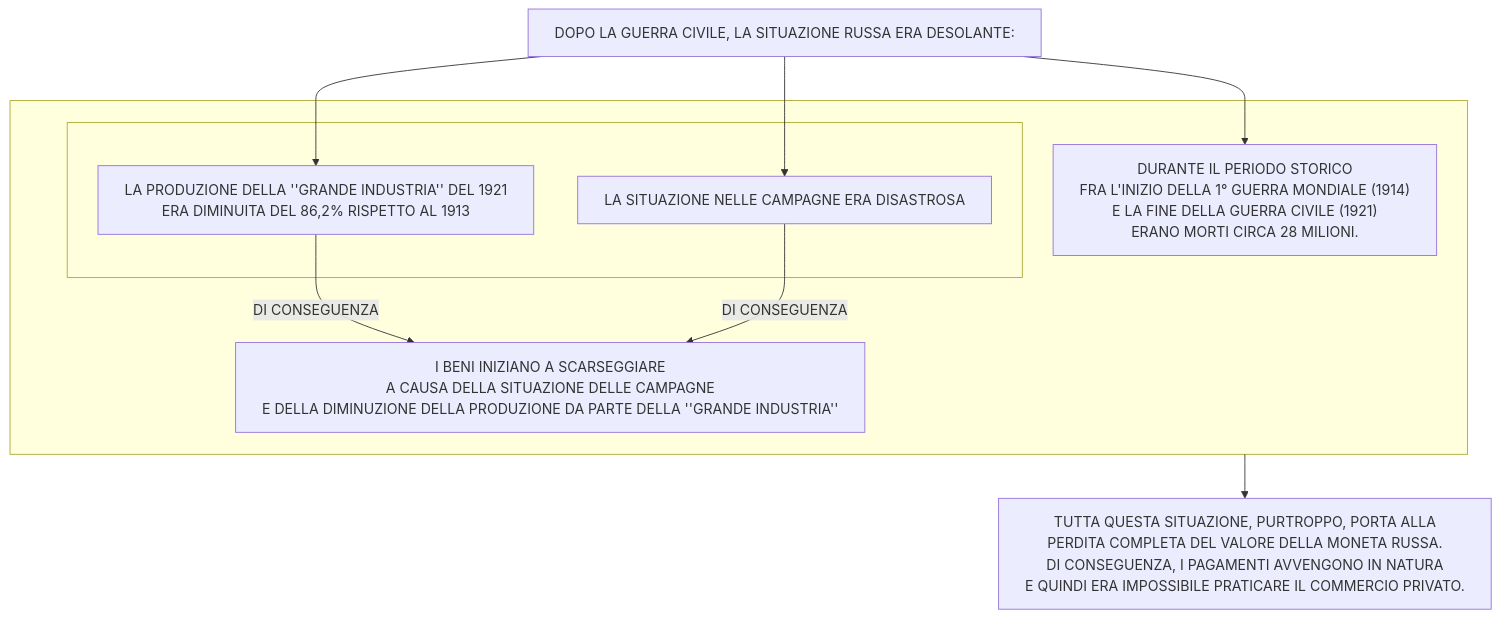
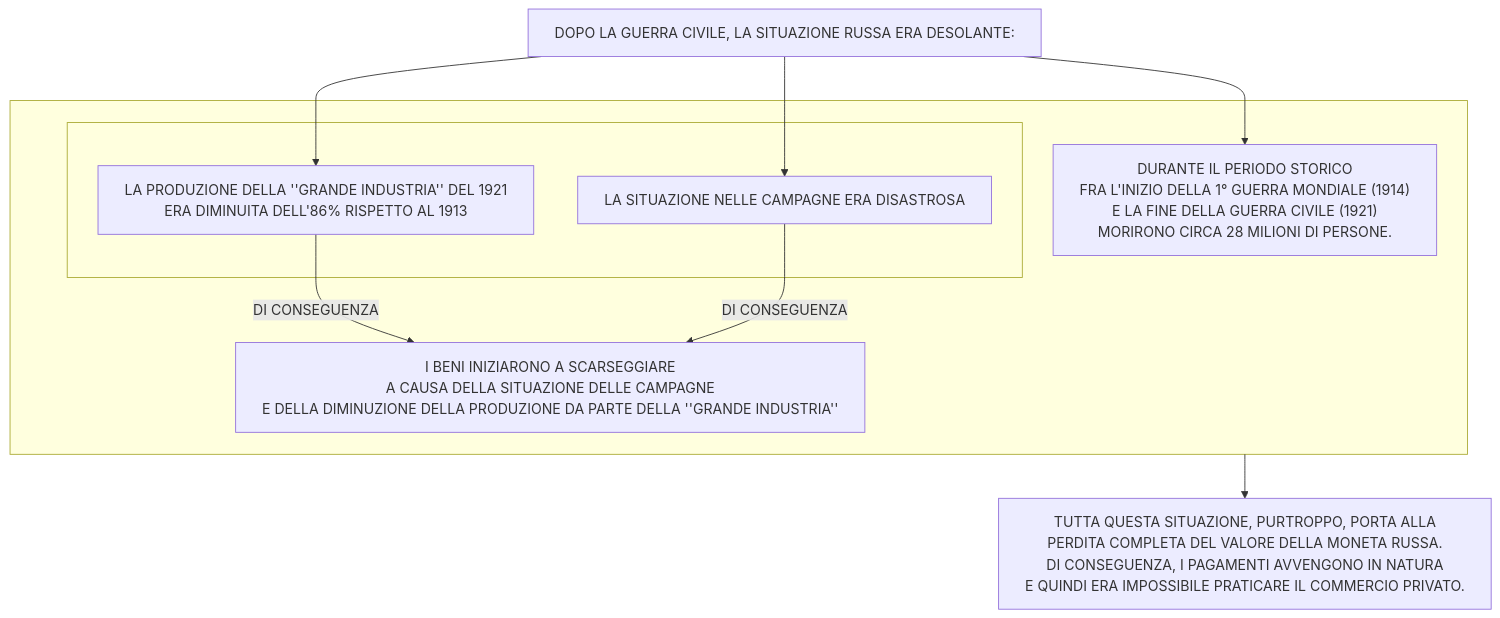
The tenth of 22 diagrams in stalinismoRiscrittura.md (Laaouatni/ricerca-storia-MermaidJS), drawn with Mermaid before and after one commit.

````diff
--- a/stalinismoRiscrittura.md
+++ b/stalinismoRiscrittura.md
@@ -179,17 +179,17 @@
 ```mermaid
 %%{init: { "flowchart": { "wrappingWidth": 800 } }}%%
 flowchart TB
   0[DOPO LA GUERRA CIVILE, LA SITUAZIONE RUSSA ERA DESOLANTE:]
   subgraph 6[" "]
-    1["DURANTE IL PERIODO STORICO <br> FRA L'INIZIO DELLA 1° GUERRA MONDIALE (1914) <br>E LA FINE DELLA GUERRA CIVILE (1921) <br> ERANO MORTI CIRCA 28 MILIONI."]
+    1["DURANTE IL PERIODO STORICO <br> FRA L'INIZIO DELLA 1° GUERRA MONDIALE (1914) <br>E LA FINE DELLA GUERRA CIVILE (1921) <br> MORIRONO CIRCA 28 MILIONI DI PERSONE."]
     subgraph 4[" "]
-      2[LA PRODUZIONE DELLA ''GRANDE INDUSTRIA'' DEL 1921 <br>ERA DIMINUITA DEL 86,2% RISPETTO AL 1913]
+      2[LA PRODUZIONE DELLA ''GRANDE INDUSTRIA'' DEL 1921 <br>ERA DIMINUITA DELL'86% RISPETTO AL 1913]
       3[LA SITUAZIONE NELLE CAMPAGNE ERA DISASTROSA]
     end
-    5[I BENI INIZIANO A SCARSEGGIARE <BR> A CAUSA DELLA SITUAZIONE DELLE CAMPAGNE <BR>E DELLA DIMINUZIONE DELLA PRODUZIONE DA PARTE DELLA ''GRANDE INDUSTRIA'']
+    5[I BENI INIZIARONO A SCARSEGGIARE <BR> A CAUSA DELLA SITUAZIONE DELLE CAMPAGNE <BR>E DELLA DIMINUZIONE DELLA PRODUZIONE DA PARTE DELLA ''GRANDE INDUSTRIA'']
   end
   0 --> 1 & 2 & 3
   2 & 3 -->|DI CONSEGUENZA| 5
   7[TUTTA QUESTA SITUAZIONE, PURTROPPO, PORTA ALLA <BR> PERDITA COMPLETA DEL VALORE DELLA MONETA RUSSA. <BR>DI CONSEGUENZA, I PAGAMENTI AVVENGONO IN NATURA <BR> E QUINDI ERA IMPOSSIBILE PRATICARE IL COMMERCIO PRIVATO.]
   6 ---> 7
 ```
````
